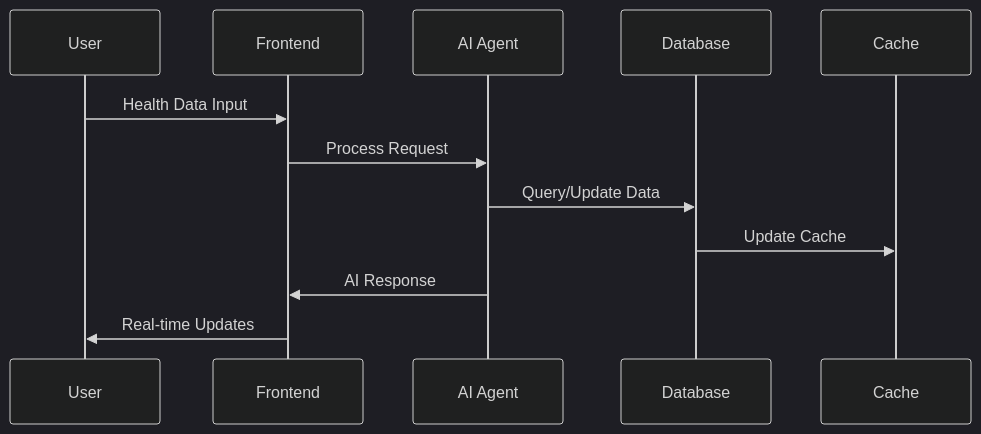
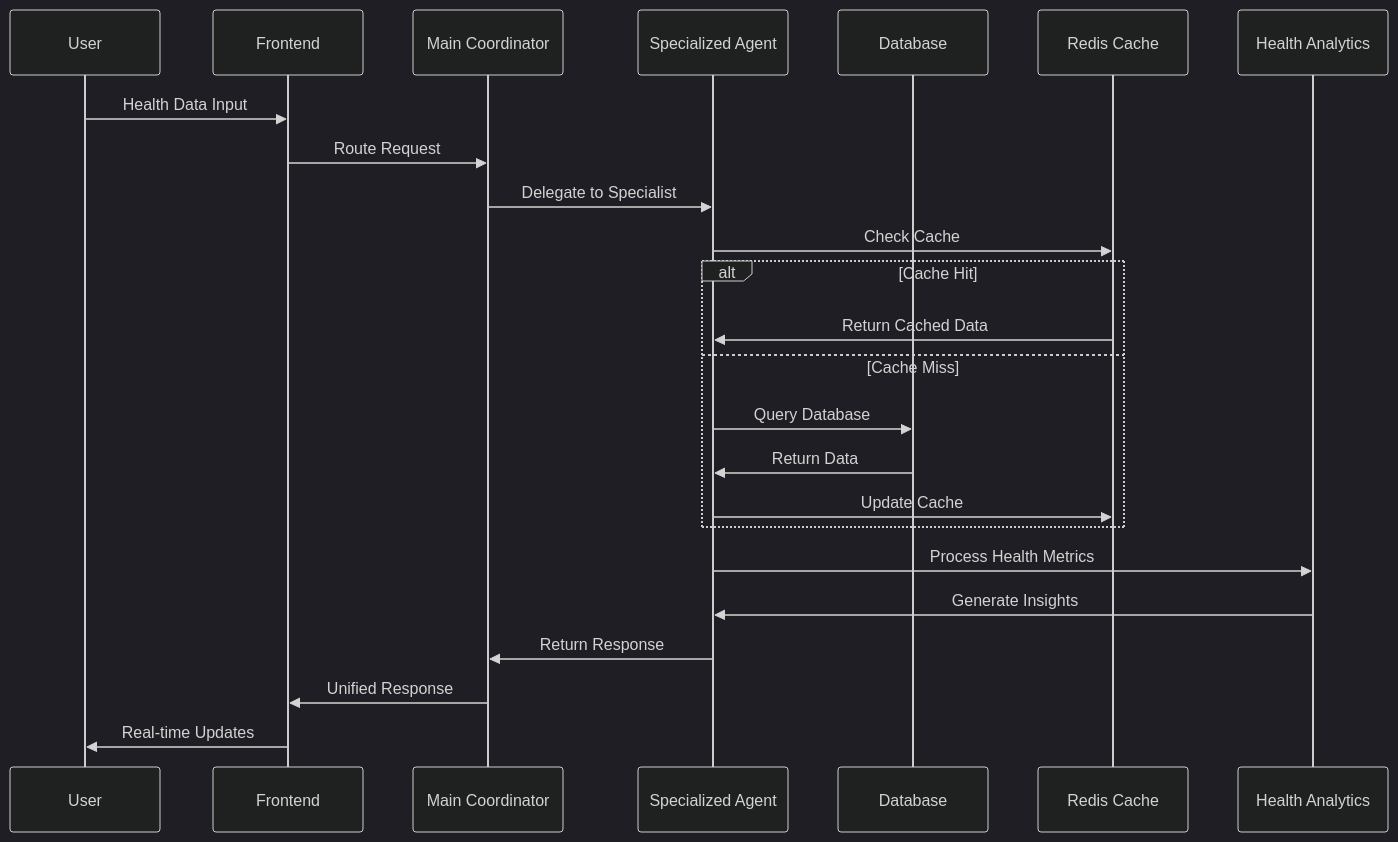
Before and after one commit to ChanMeng666/femtracker-agent: the second of 3 diagrams in README.md, drawn with Mermaid (dark theme). The commit also changed other lines of this file, not shown here.

````diff
--- a/README.md
+++ b/README.md
@@ -188,15 +324,27 @@
 ```mermaid
 sequenceDiagram
-    participant U as User
-    participant F as Frontend
-    participant A as AI Agent
-    participant D as Database
-    participant C as Cache
+    participant User as User
+    participant UI as Frontend
+    participant Coord as Main Coordinator
+    participant Agent as Specialized Agent
+    participant DB as Database
+    participant Cache as Redis Cache
+    participant Analytics as Health Analytics
     
-    U->>F: Health Data Input
-    F->>A: Process Request
-    A->>D: Query/Update Data
-    D->>C: Update Cache
-    A->>F: AI Response
-    F->>U: Real-time Updates
+    User->>UI: Health Data Input
+    UI->>Coord: Route Request
+    Coord->>Agent: Delegate to Specialist
+    Agent->>Cache: Check Cache
+    alt Cache Hit
+        Cache->>Agent: Return Cached Data
+    else Cache Miss
+        Agent->>DB: Query Database
+        DB->>Agent: Return Data
+        Agent->>Cache: Update Cache
+    end
+    Agent->>Analytics: Process Health Metrics
+    Analytics->>Agent: Generate Insights
+    Agent->>Coord: Return Response
+    Coord->>UI: Unified Response
+    UI->>User: Real-time Updates
 ```
````
